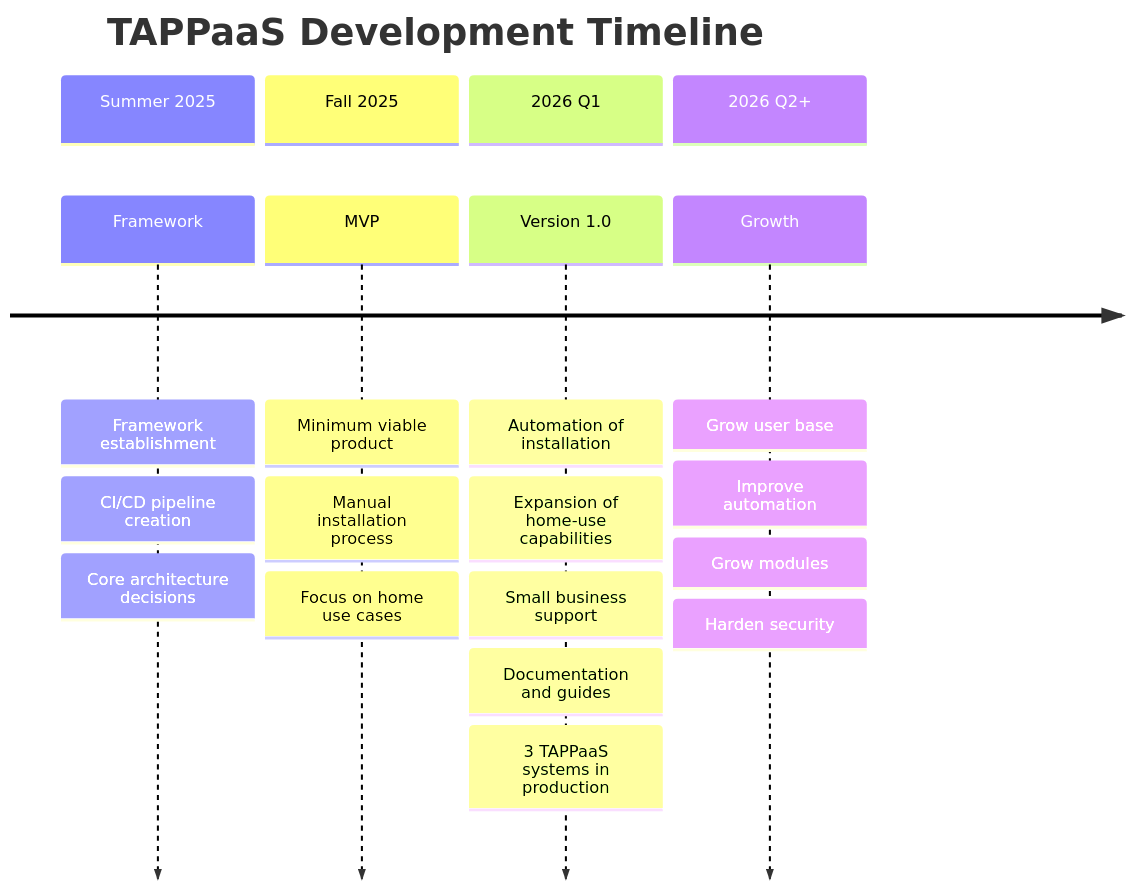
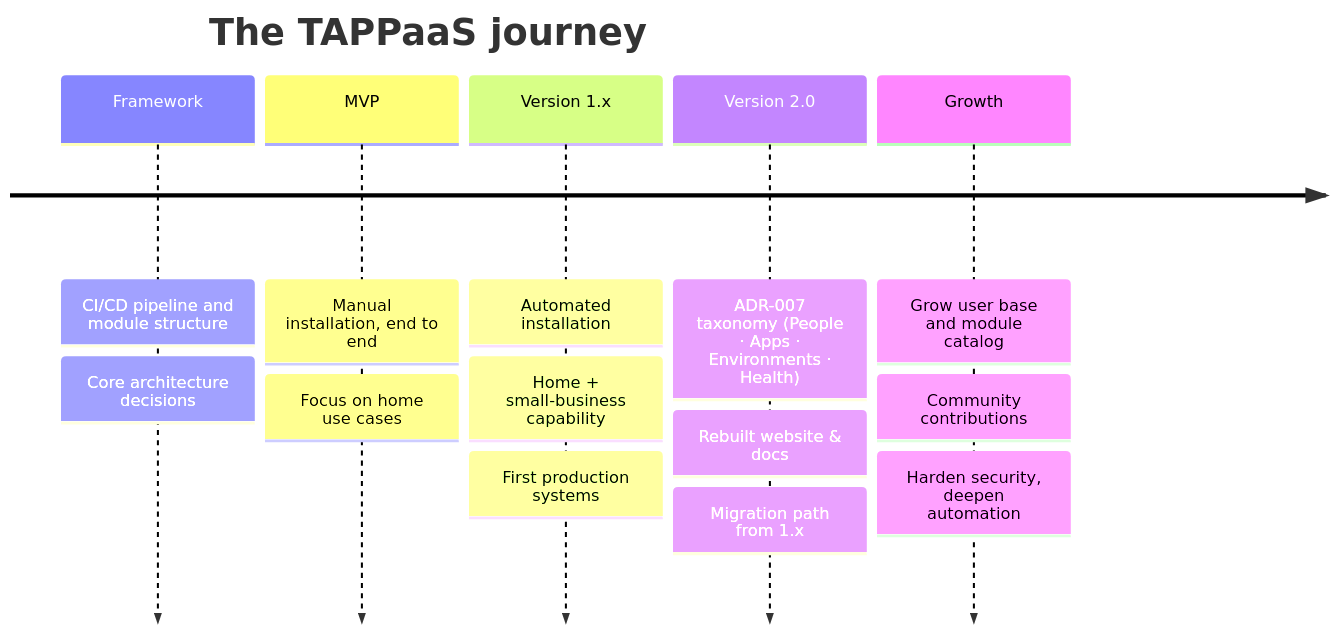
One commit to TAPPaaS/Documentation changed the diagram in docs/roadmap/index.md. Above: the diagram before and after it, drawn with Mermaid. The commit also changed other lines of this file and 10 other files, not shown here.

First line of the commit message:
WS6 + WS5 + WS4: versions page, dateless roadmap, Operate/Develop split

````diff
--- a/docs/roadmap/index.md
+++ b/docs/roadmap/index.md
@@ -12,27 +19,17 @@
 ```mermaid
 timeline
-    title TAPPaaS Development Timeline
-
-    section Summer 2025
-        Framework : Framework establishment
-                  : CI/CD pipeline creation
-                  : Core architecture decisions
-
-    section Fall 2025
-        MVP : Minimum viable product
-            : Manual installation process
-            : Focus on home use cases
-
-    section 2026 Q1
-        Version 1.0 : Automation of installation
-                    : Expansion of home-use capabilities
-                    : Small business support
-                    : Documentation and guides
-                    : 3 TAPPaaS systems in production
-
-    section 2026 Q2+
-        Growth : Grow user base
-               : Improve automation
-               : Grow modules
-               : Harden security
+    title The TAPPaaS journey
+    Framework : CI/CD pipeline and module structure
+              : Core architecture decisions
+    MVP : Manual installation, end to end
+        : Focus on home use cases
+    Version 1.x : Automated installation
+                : Home + small-business capability
+                : First production systems
+    Version 2.0 : ADR-007 taxonomy (People · Apps · Environments · Health)
+                : Rebuilt website & docs
+                : Migration path from 1.x
+    Growth : Grow user base and module catalog
+           : Community contributions
+           : Harden security, deepen automation
 ```
````
